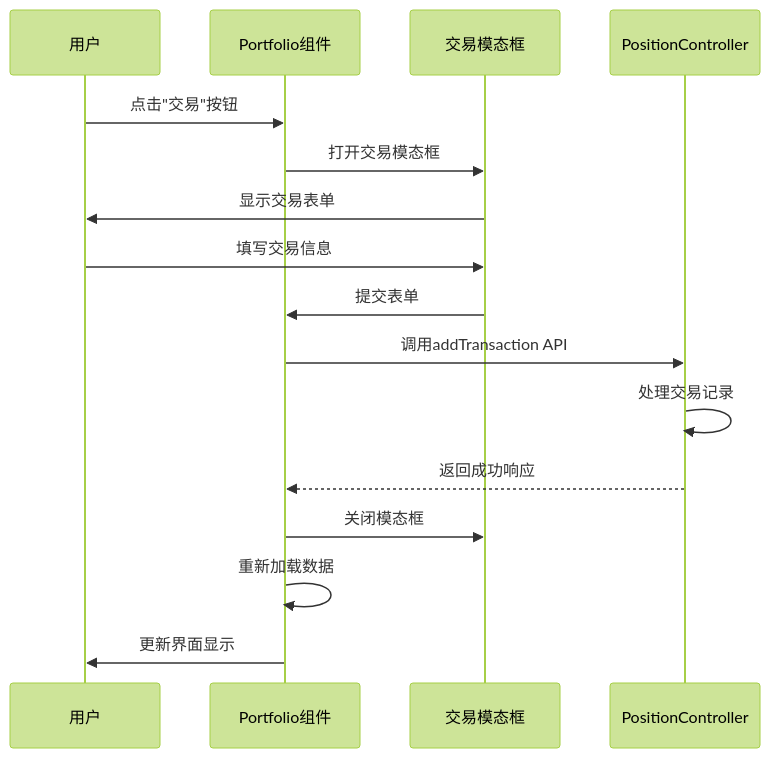
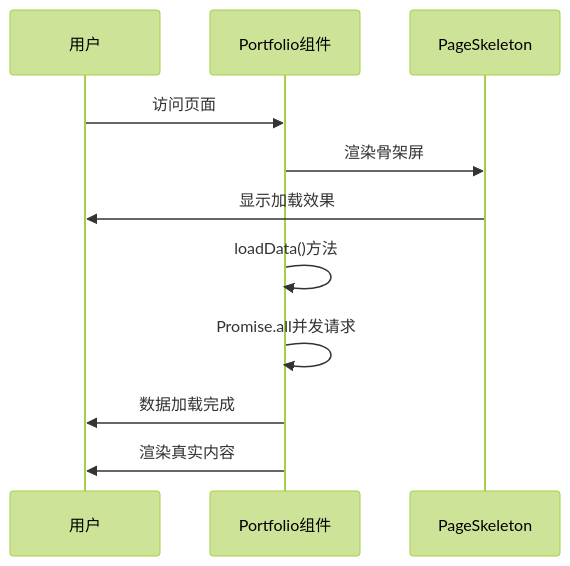
One commit to gree-coder/fund-butler changed the eighth of 20 diagrams in .qoder/repowiki/zh/content/核心功能开发/前端投资组合管理增强.md. Above: the diagram before and after it, drawn with Mermaid (forest theme). The commit also changed other lines of this file and 21 other files, not shown here.

````diff
--- a/.qoder/repowiki/zh/content/核心功能开发/前端投资组合管理增强.md
+++ b/.qoder/repowiki/zh/content/核心功能开发/前端投资组合管理增强.md
@@ -398,18 +473,13 @@
 ```mermaid
 sequenceDiagram
 participant U as 用户
 participant P as Portfolio组件
-participant M as 交易模态框
-participant PC as PositionController
-U->>P : 点击"交易"按钮
-P->>M : 打开交易模态框
-M->>U : 显示交易表单
-U->>M : 填写交易信息
-M->>P : 提交表单
-P->>PC : 调用addTransaction API
-PC->>PC : 处理交易记录
-PC-->>P : 返回成功响应
-P->>M : 关闭模态框
-P->>P : 重新加载数据
-P->>U : 更新界面显示
+participant PS as PageSkeleton
+U->>P : 访问页面
+P->>PS : 渲染骨架屏
+PS->>U : 显示加载效果
+P->>P : loadData()方法
+P->>P : Promise.all并发请求
+P->>U : 数据加载完成
+P->>U : 渲染真实内容
 ```
````
